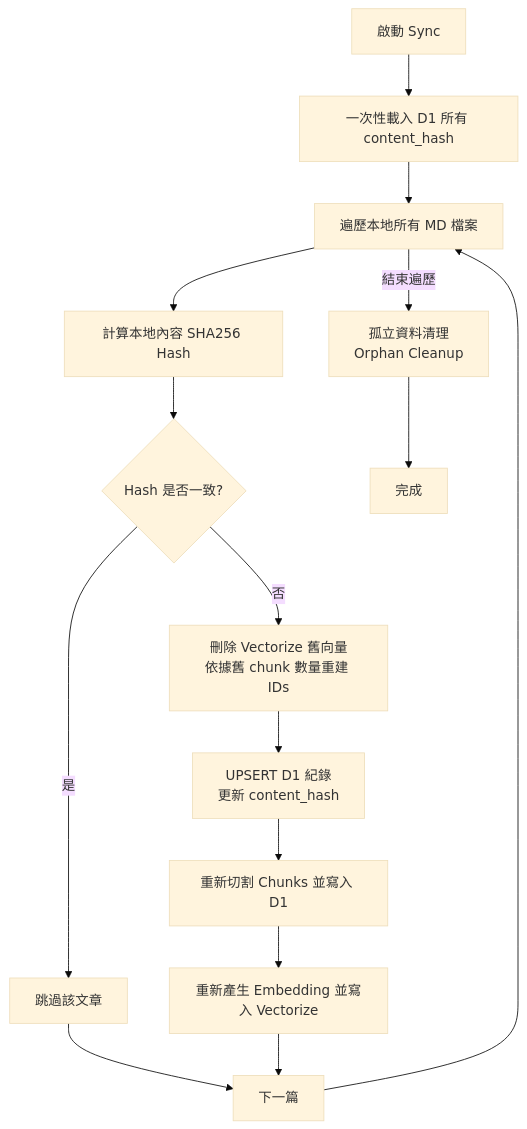
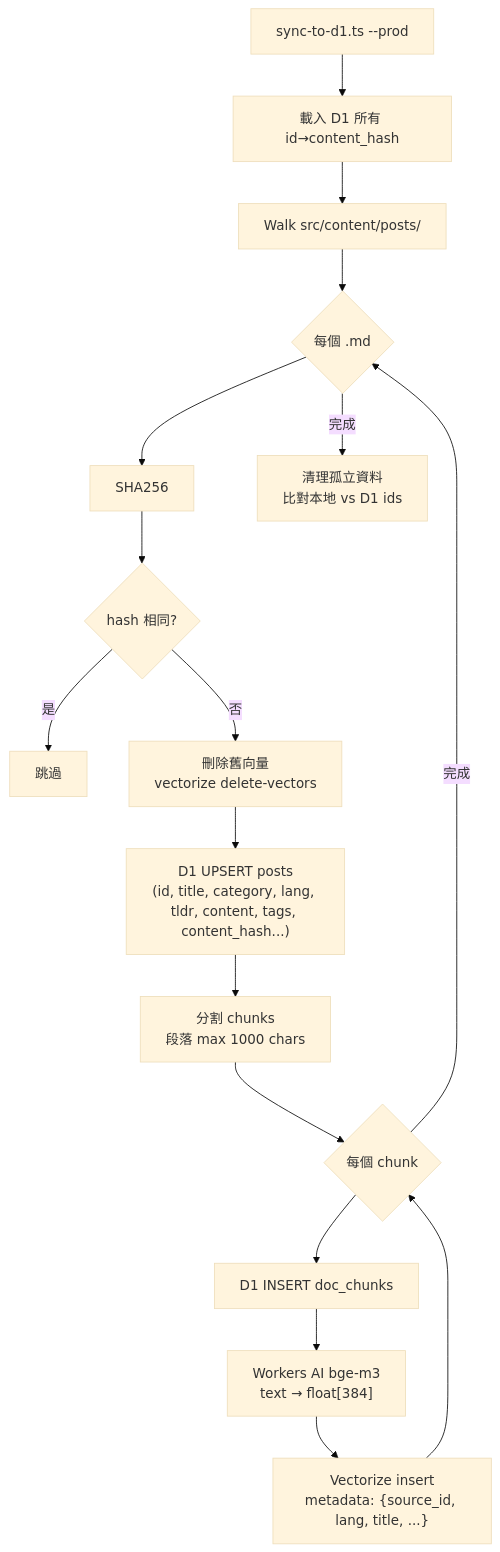
The third of 3 diagrams in docs/ingest.md (a920604a/engineernews), drawn with Mermaid (base theme) before and after one commit. The commit also changed other lines of this file and 9 other files, not shown here.

````diff
--- a/docs/ingest.md
+++ b/docs/ingest.md
@@ -114,19 +138,19 @@
 ```mermaid
 flowchart TD
-  Start[啟動 Sync] --> LoadHashes[一次性載入 D1 所有 content_hash]
-  LoadHashes --> Loop[遍歷本地所有 MD 檔案]
-  Loop --> CalcHash[計算本地內容 SHA256 Hash]
-  CalcHash --> Compare{Hash 是否一致?}
-  
-  Compare -- 是 --> Skip[跳過該文章]
-  Compare -- 否 --> DeleteVec[刪除 Vectorize 舊向量\n依據舊 chunk 數量重建 IDs]
-  DeleteVec --> UpsertD1[UPSERT D1 紀錄\n更新 content_hash]
-  UpsertD1 --> SyncChunks[重新切割 Chunks 並寫入 D1]
-  SyncChunks --> Embed[重新產生 Embedding 並寫入 Vectorize]
-  
-  Skip --> Next[下一篇]
-  Embed --> Next
-  Next --> Loop
-  Loop -- 結束遍歷 --> Cleanup[孤立資料清理\nOrphan Cleanup]
-  Cleanup --> Done[完成]
+  Start[sync-to-d1.ts --prod] --> LoadHashes[載入 D1 所有 id→content_hash]
+  LoadHashes --> Walk[Walk src/content/posts/]
+  Walk --> Each{每個 .md}
+  Each --> Hash[SHA256]
+  Hash --> Same{hash 相同?}
+  Same -->|是| Skip[跳過]
+  Same -->|否| DelVec[刪除舊向量\nvectorize delete-vectors]
+  DelVec --> Upsert["D1 UPSERT posts<br/>(id, title, category, lang, tldr, content, tags, content_hash...)"]
+  Upsert --> Chunks[分割 chunks\n段落 max 1000 chars]
+  Chunks --> EachChunk{每個 chunk}
+  EachChunk --> D1Chunk[D1 INSERT doc_chunks]
+  D1Chunk --> Embed["Workers AI bge-m3<br/>text → float[384]"]
+  Embed --> VecInsert["Vectorize insert<br/>metadata: {source_id, lang, title, ...}"]
+  VecInsert --> EachChunk
+  EachChunk -->|完成| Each
+  Each -->|完成| Orphan[清理孤立資料\n比對本地 vs D1 ids]
 ```
````
